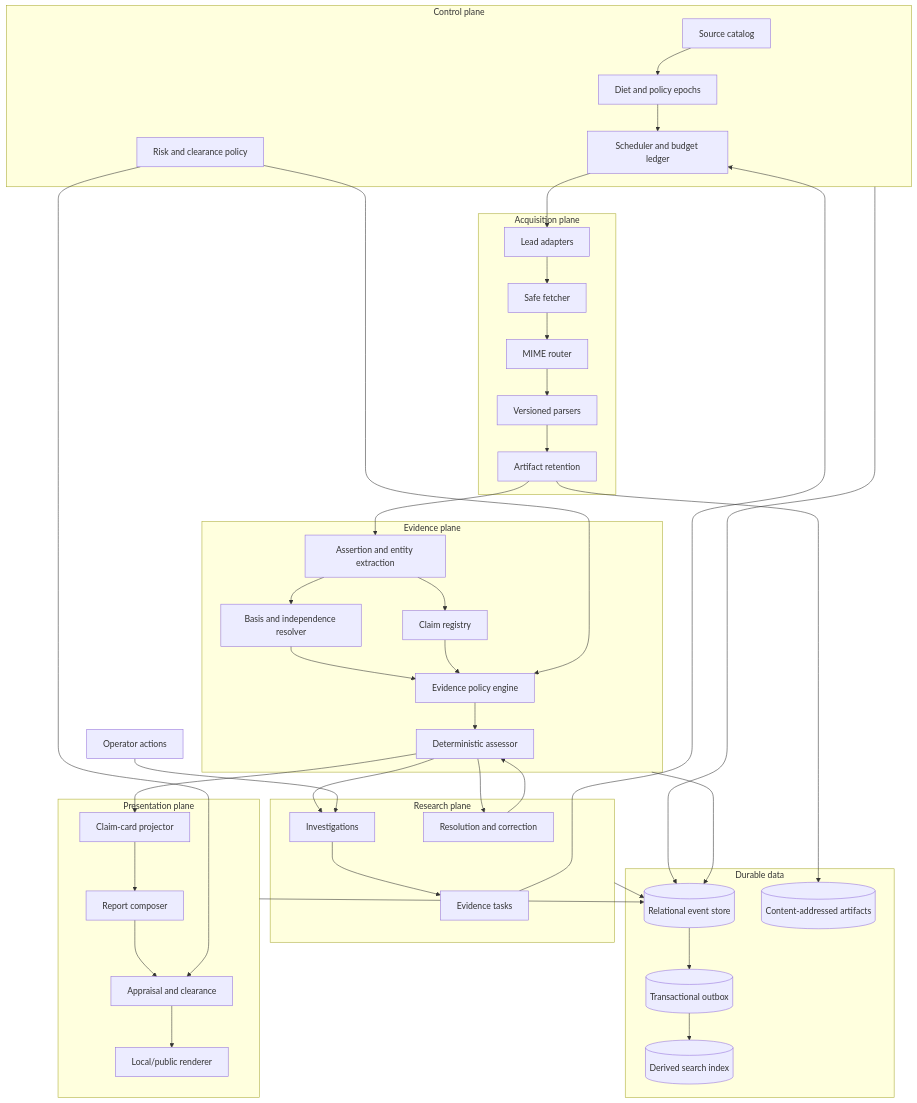
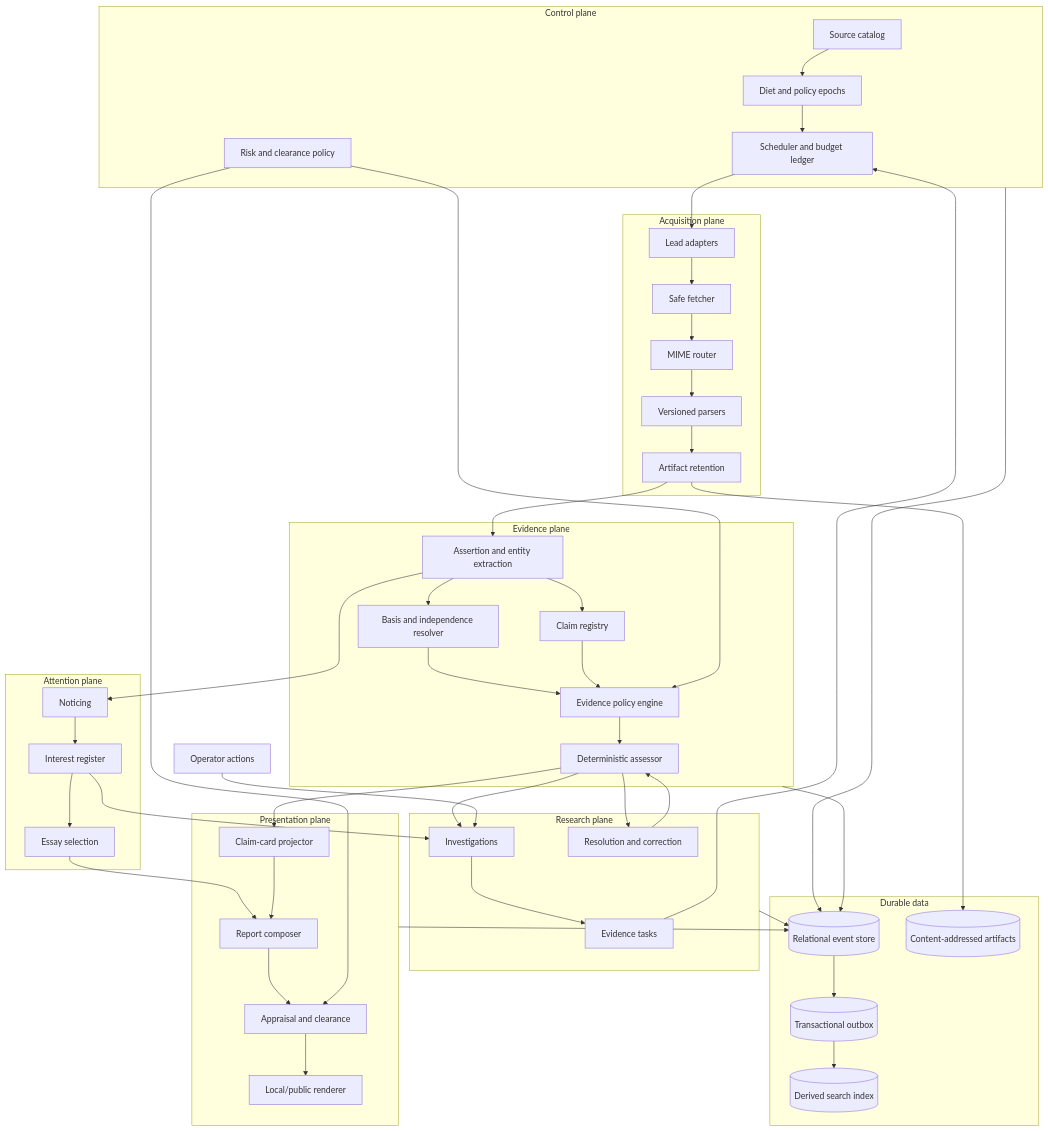
The second of 4 diagrams in ARCHITECTURE.md (deanpreese/NewZ), drawn with Mermaid before and after one commit. The commit also changed other lines of this file and 4 other files, not shown here.

````diff
--- a/ARCHITECTURE.md
+++ b/ARCHITECTURE.md
@@ -37,64 +38,72 @@
 ```mermaid
 flowchart TB
     subgraph CONTROL[Control plane]
         CATALOG[Source catalog]
         EPOCH[Diet and policy epochs]
         BUDGET[Scheduler and budget ledger]
         RISK[Risk and clearance policy]
     end
 
     subgraph ACQUIRE[Acquisition plane]
         LEADS[Lead adapters]
         FETCHER[Safe fetcher]
         ROUTER[MIME router]
         PARSERS[Versioned parsers]
         RETAIN[Artifact retention]
     end
 
     subgraph EVIDENCE[Evidence plane]
         EXTRACT[Assertion and entity extraction]
         CLAIMS[Claim registry]
         BASIS[Basis and independence resolver]
         QUALIFY[Evidence policy engine]
         ASSESS[Deterministic assessor]
+    end
+
+    subgraph ATTENTION[Attention plane]
+        NOTICE[Noticing]
+        INTEREST[Interest register]
+        PICK[Essay selection]
     end
 
     subgraph RESEARCH[Research plane]
         INVEST[Investigations]
         TASKS[Evidence tasks]
         RESOLVE[Resolution and correction]
     end
 
     subgraph PRESENT[Presentation plane]
         CARD[Claim-card projector]
         COMPOSE[Report composer]
         APPRAISE[Appraisal and clearance]
         PUBLISH[Local/public renderer]
     end
 
     subgraph DATA[Durable data]
         DB[(Relational event store)]
         OBJ[(Content-addressed artifacts)]
         IDX[(Derived search index)]
         OUTBOX[(Transactional outbox)]
     end
 
     CATALOG --> EPOCH --> BUDGET
     BUDGET --> LEADS --> FETCHER --> ROUTER --> PARSERS --> RETAIN
     RETAIN --> OBJ
     RETAIN --> EXTRACT --> CLAIMS
     EXTRACT --> BASIS --> QUALIFY --> ASSESS
     CLAIMS --> QUALIFY
     ASSESS --> INVEST --> TASKS --> BUDGET
     OPERATOR[Operator actions] --> INVEST
+    EXTRACT --> NOTICE --> INTEREST --> INVEST
+    INTEREST --> PICK --> COMPOSE
     ASSESS --> RESOLVE --> ASSESS
     ASSESS --> CARD --> COMPOSE --> APPRAISE --> PUBLISH
     RISK --> QUALIFY
     RISK --> APPRAISE
 
     CONTROL --> DB
     EVIDENCE --> DB
     RESEARCH --> DB
     PRESENT --> DB
     DB --> OUTBOX --> IDX
 ```
````
